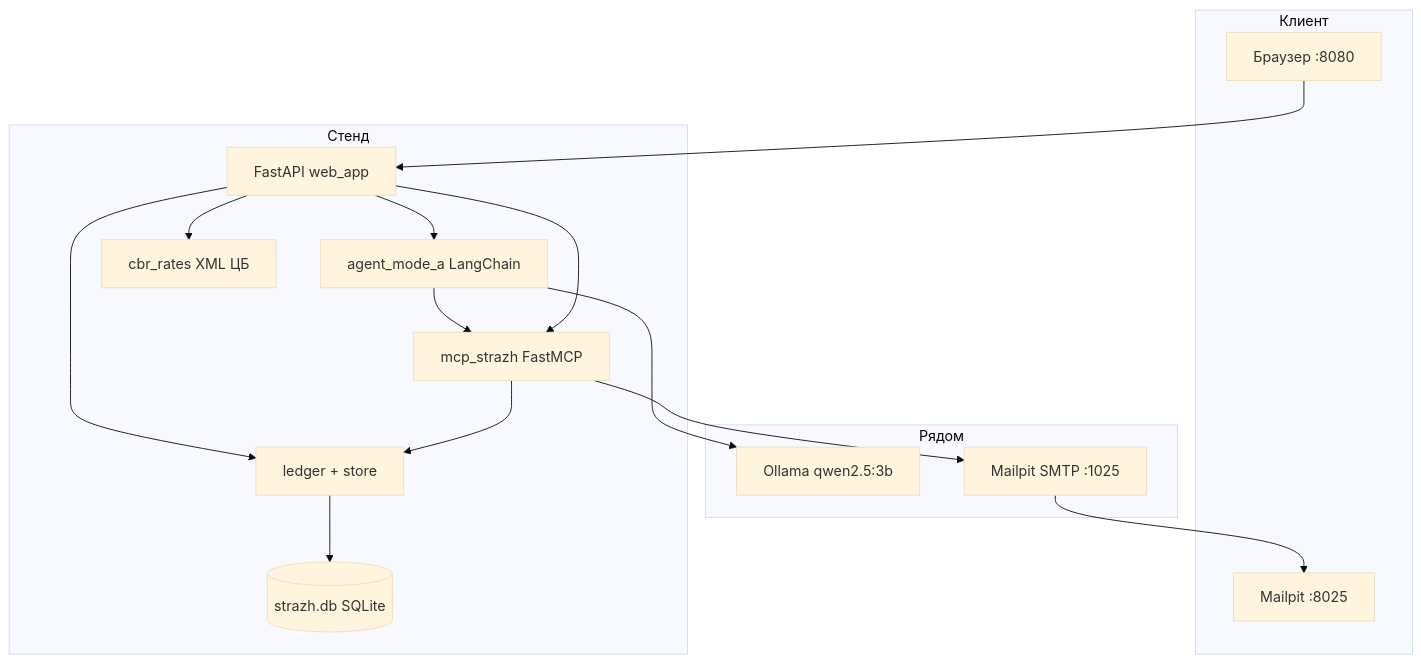
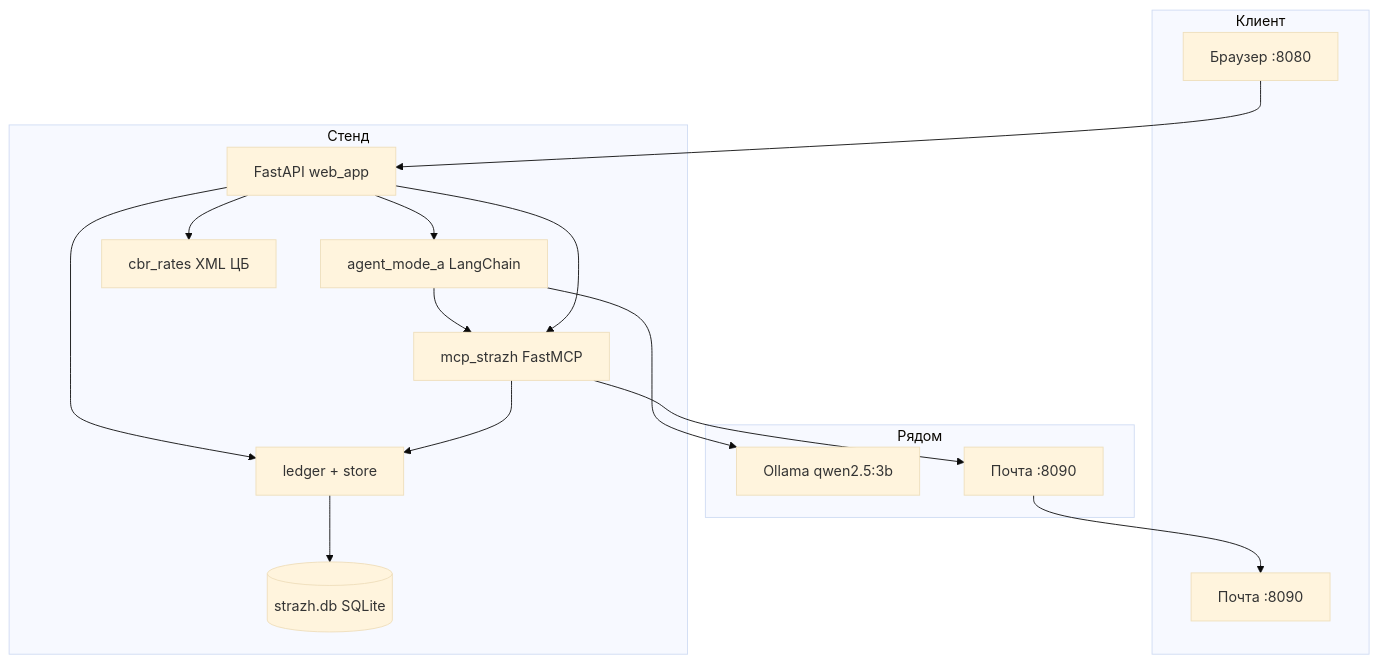
One commit to truchekaterina/mlsecops_agent changed the second of 4 diagrams in docs/ДОКУМЕНТАЦИЯ.md. Above: the diagram before and after it, drawn with Mermaid (base theme). The commit also changed other lines of this file and 10 other files, not shown here.

````diff
--- a/docs/ДОКУМЕНТАЦИЯ.md
+++ b/docs/ДОКУМЕНТАЦИЯ.md
@@ -73,33 +71,33 @@
 ```mermaid
 flowchart TB
   subgraph Клиент
     B[Браузер :8080]
-    MP[Mailpit :8025]
+    MP[Почта :8090]
   end
 
   subgraph Стенд
     W[FastAPI web_app]
     AG[agent_mode_a LangChain]
     MCP[mcp_strazh FastMCP]
     LED[ledger + store]
     DB[(strazh.db SQLite)]
     CBR[cbr_rates XML ЦБ]
   end
 
   subgraph Рядом
     OL[Ollama qwen2.5:3b]
-    SMTP[Mailpit SMTP :1025]
+    SMTP[Почта :8090]
   end
 
   B --> W
   W --> AG
   AG --> OL
   AG --> MCP
   W --> MCP
   W --> LED
   MCP --> LED
   LED --> DB
   W --> CBR
   MCP --> SMTP
   SMTP --> MP
 ```
````
